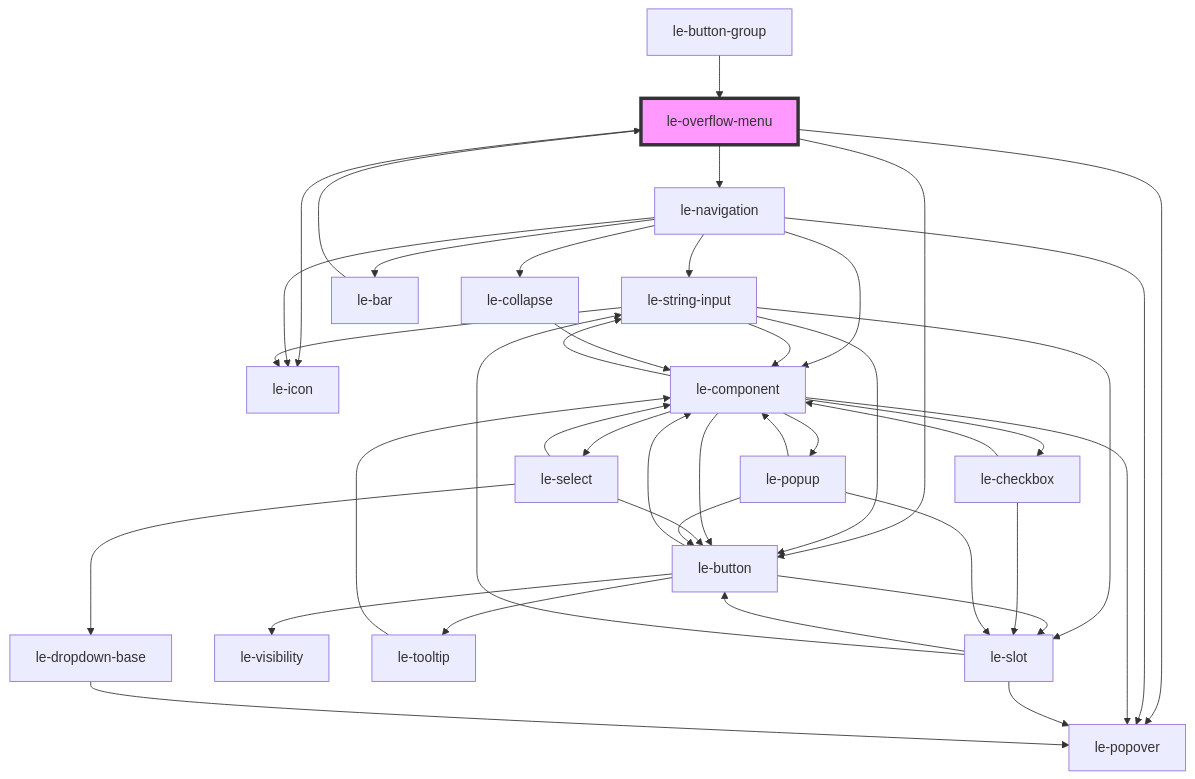
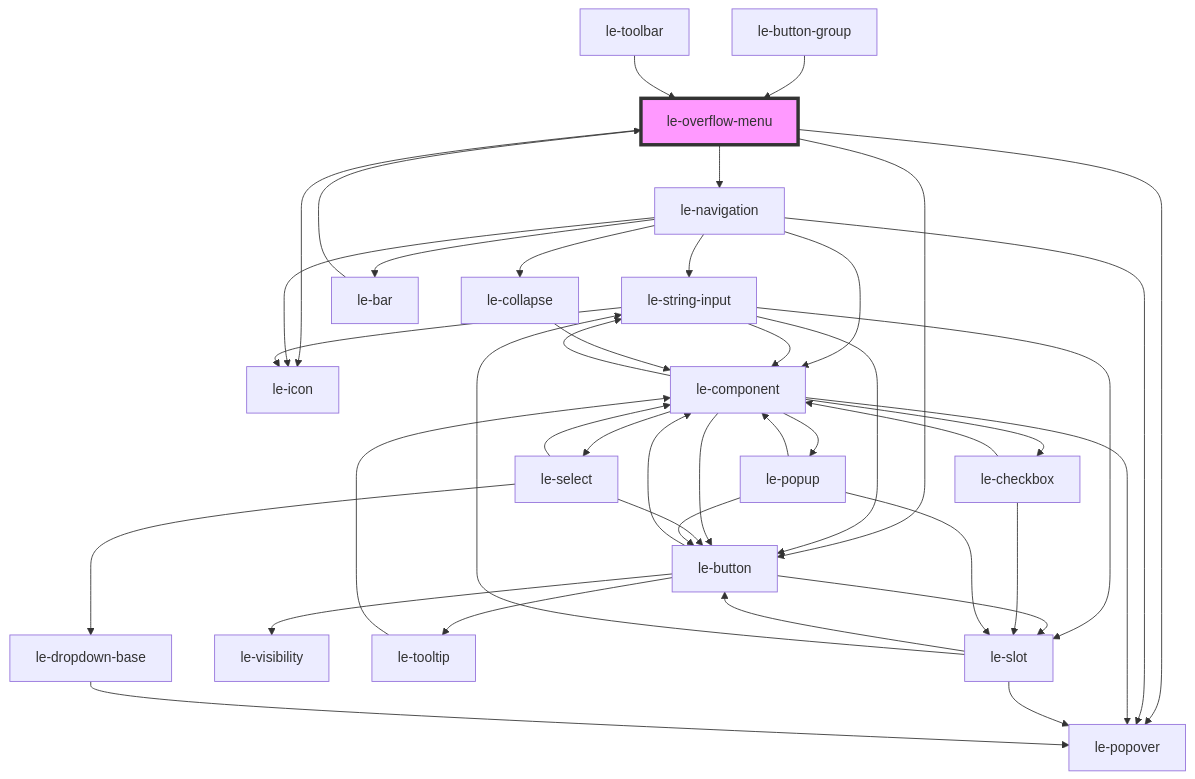
One commit to leechy/le-kit changed the diagram in packages/core/src/components/le-overflow-menu/readme.md. Above: the diagram before and after it, drawn with Mermaid. The commit also changed other lines of this file and 14 other files, not shown here.

````diff
--- a/packages/core/src/components/le-overflow-menu/readme.md
+++ b/packages/core/src/components/le-overflow-menu/readme.md
@@ -87,44 +88,45 @@
 ```mermaid
 graph TD;
   le-overflow-menu --> le-navigation
   le-overflow-menu --> le-popover
   le-overflow-menu --> le-button
   le-overflow-menu --> le-icon
   le-navigation --> le-string-input
   le-navigation --> le-icon
   le-navigation --> le-collapse
   le-navigation --> le-popover
   le-navigation --> le-bar
   le-navigation --> le-component
   le-string-input --> le-component
   le-string-input --> le-button
   le-string-input --> le-icon
   le-string-input --> le-slot
   le-component --> le-button
   le-component --> le-select
   le-component --> le-checkbox
   le-component --> le-string-input
   le-component --> le-popover
   le-component --> le-popup
   le-button --> le-slot
   le-button --> le-visibility
   le-button --> le-component
   le-button --> le-tooltip
   le-slot --> le-popover
   le-slot --> le-button
   le-slot --> le-string-input
   le-tooltip --> le-component
   le-select --> le-component
   le-select --> le-dropdown-base
   le-select --> le-button
   le-dropdown-base --> le-popover
   le-checkbox --> le-component
   le-checkbox --> le-slot
   le-popup --> le-slot
   le-popup --> le-button
   le-popup --> le-component
   le-collapse --> le-component
   le-bar --> le-overflow-menu
   le-button-group --> le-overflow-menu
+  le-toolbar --> le-overflow-menu
   style le-overflow-menu fill:#f9f,stroke:#333,stroke-width:4px
 ```
````
